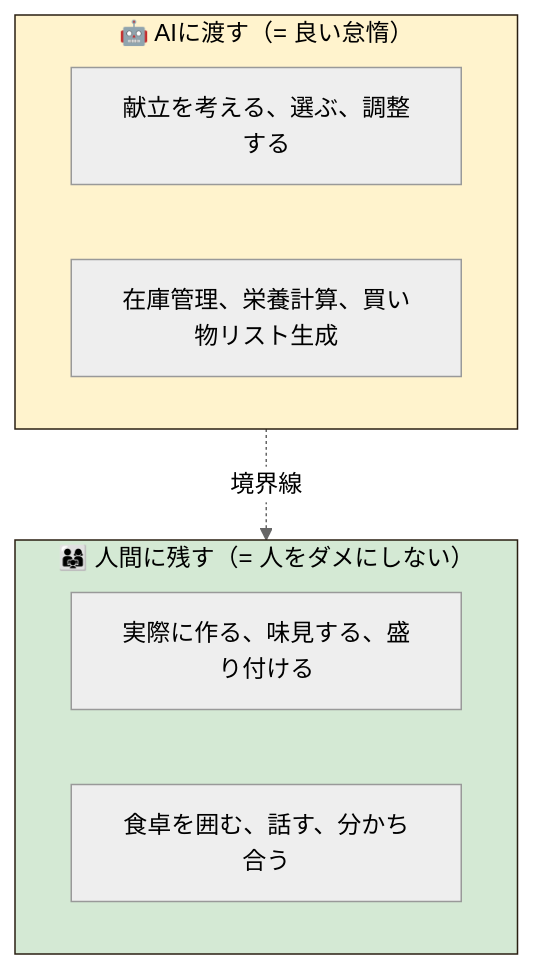
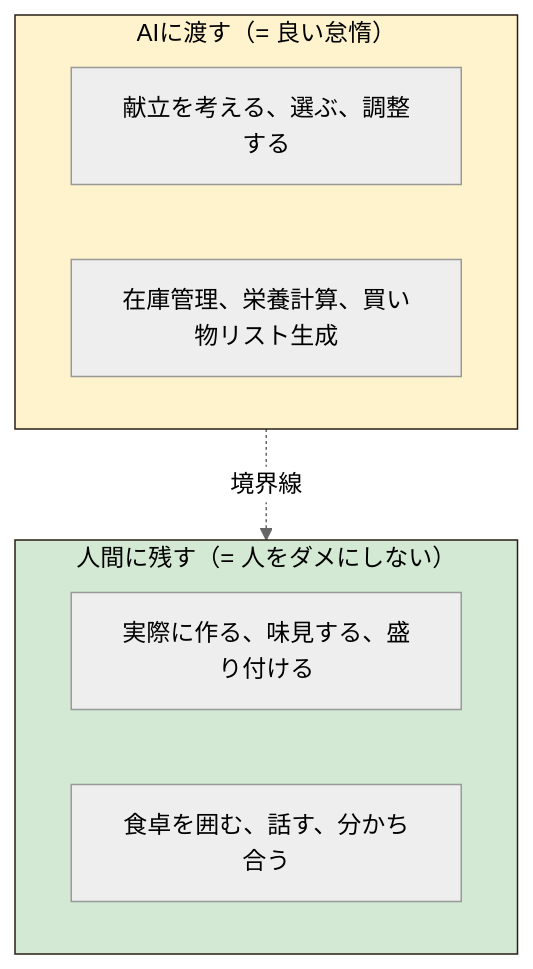
One commit to enomotom-cloud/uchigohan changed the second of 2 diagrams in README.md. Above: the diagram before and after it, drawn with Mermaid (neutral theme). The commit also changed 3 other files, not shown here.

Commit message:
docs: remove decorative emojis from mermaid diagrams

````diff
--- a/README.md
+++ b/README.md
@@ -100,15 +100,15 @@
 ```mermaid
 graph TB
-    subgraph AI["🤖 AIに渡す（= 良い怠惰）"]
+    subgraph AI["AIに渡す（= 良い怠惰）"]
         A1[献立を考える、選ぶ、調整する]
         A2[在庫管理、栄養計算、買い物リスト生成]
     end
-    subgraph Human["👨‍👩‍👧 人間に残す（= 人をダメにしない）"]
+    subgraph Human["人間に残す（= 人をダメにしない）"]
         H1[実際に作る、味見する、盛り付ける]
         H2[食卓を囲む、話す、分かち合う]
     end
     AI -.->|境界線| Human
 
     style AI fill:#FFF3CD,stroke:#2A1F12,color:#000
     style Human fill:#D4E9D4,stroke:#2A1F12,color:#000
 ```
````
